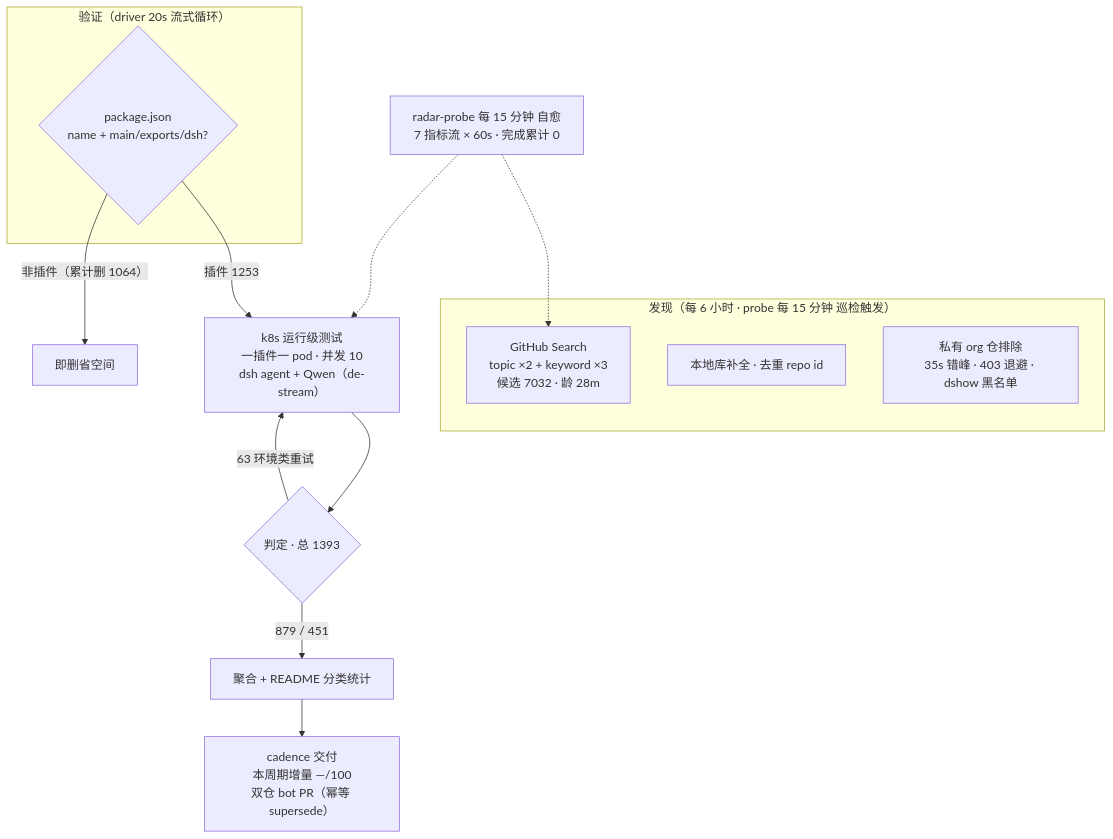
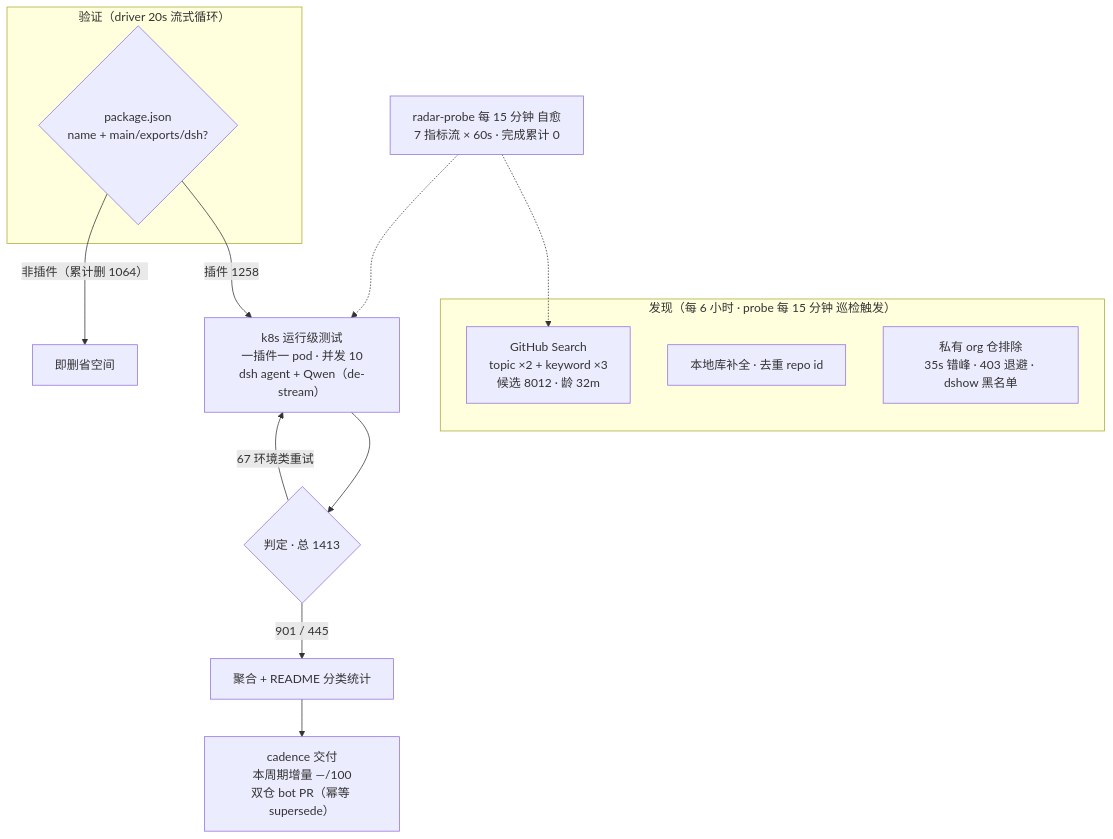
Before and after one commit to Zhidao-Lab-OSS/awesome-dsh-plugins: the diagram in README.md, drawn with Mermaid. The commit also changed other lines of this file and 1 other file, not shown here.

````diff
--- a/README.md
+++ b/README.md
@@ -30,19 +30,19 @@
 ```mermaid
 flowchart TB
     subgraph Discovery[" 发现（每 6 小时 · probe 每 15 分钟 巡检触发）"]
-        A1["GitHub Search<br/>topic ×2 + keyword ×3<br/>候选 7032 · 龄 28m"]
+        A1["GitHub Search<br/>topic ×2 + keyword ×3<br/>候选 8012 · 龄 32m"]
         A2["本地库补全 · 去重 repo id"]
         A3[" 私有 org 仓排除<br/>35s 错峰 · 403 退避 · dshow 黑名单"]
     end
     subgraph Validation[" 验证（driver 20s 流式循环）"]
         B1{"package.json<br/>name + main/exports/dsh?"}
     end
-    B1 -->|"插件 1253"| C1["k8s 运行级测试<br/>一插件一 pod · 并发 10<br/>dsh agent + Qwen（de-stream）"]
+    B1 -->|"插件 1258"| C1["k8s 运行级测试<br/>一插件一 pod · 并发 10<br/>dsh agent + Qwen（de-stream）"]
     B1 -->|"非插件（累计删 1064）"| B3[" 即删省空间"]
-    C1 --> D1{"判定 · 总 1393"}
-    D1 -->|" 879 /  451"| E1["聚合 + README 分类统计"]
-    D1 -->|" 63 环境类重试"| C1
+    C1 --> D1{"判定 · 总 1413"}
+    D1 -->|" 901 /  445"| E1["聚合 + README 分类统计"]
+    D1 -->|" 67 环境类重试"| C1
     E1 --> E2["cadence 交付<br/>本周期增量 —/100<br/>双仓 bot PR（幂等 supersede）"]
     M[" radar-probe 每 15 分钟 自愈<br/>7 指标流 × 60s · 完成累计 0"] -.-> A1
     M -.-> C1
 ```
````
